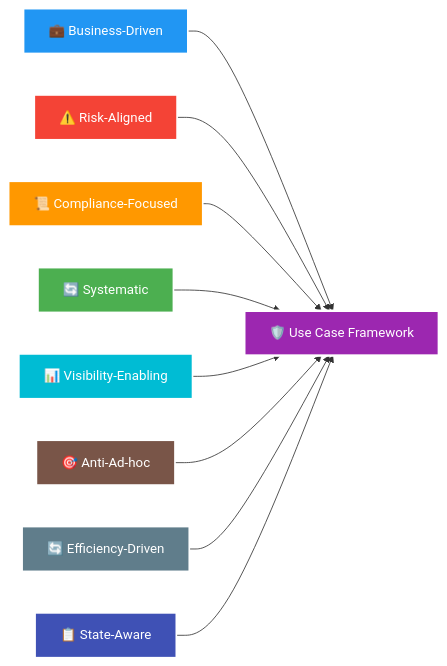
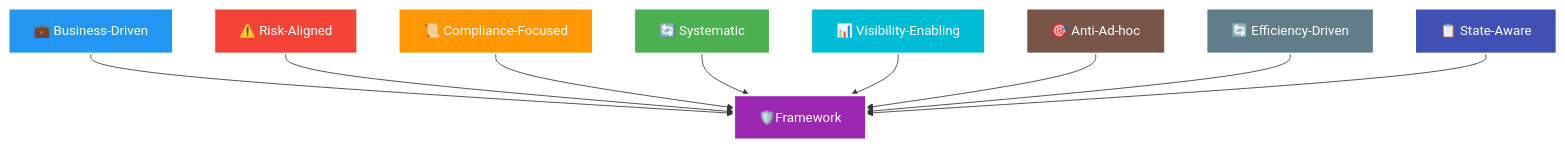
Before and after one commit to josamontiel/Detection-Engineering-Framework: the fourth of 12 diagrams in Background-and-Introduction.md, drawn with Mermaid. The commit also changed other lines of this file, not shown here.

````diff
--- a/Background-and-Introduction.md
+++ b/Background-and-Introduction.md
@@ -188,21 +188,21 @@
 ```mermaid
-graph LR
-    A[💼 Business-Driven] --> B[🛡️ Use Case Framework]
+graph TB
+    A[💼 Business-Driven] --> B[🛡️Framework]
     C[⚠️ Risk-Aligned] --> B
     D[📜 Compliance-Focused] --> B
     E[🔄 Systematic] --> B
     F[📊 Visibility-Enabling] --> B
     G[🎯 Anti-Ad-hoc] --> B
     H[🔄 Efficiency-Driven] --> B
     I[📋 State-Aware] --> B
     
     style A fill:#2196F3,stroke:#fff,stroke-width:2px,color:#fff
     style B fill:#9C27B0,stroke:#fff,stroke-width:3px,color:#fff
     style C fill:#F44336,stroke:#fff,stroke-width:2px,color:#fff
     style D fill:#FF9800,stroke:#fff,stroke-width:2px,color:#fff
     style E fill:#4CAF50,stroke:#fff,stroke-width:2px,color:#fff
     style F fill:#00BCD4,stroke:#fff,stroke-width:2px,color:#fff
     style G fill:#795548,stroke:#fff,stroke-width:2px,color:#fff
     style H fill:#607D8B,stroke:#fff,stroke-width:2px,color:#fff
     style I fill:#3F51B5,stroke:#fff,stroke-width:2px,color:#fff
 ```
````
